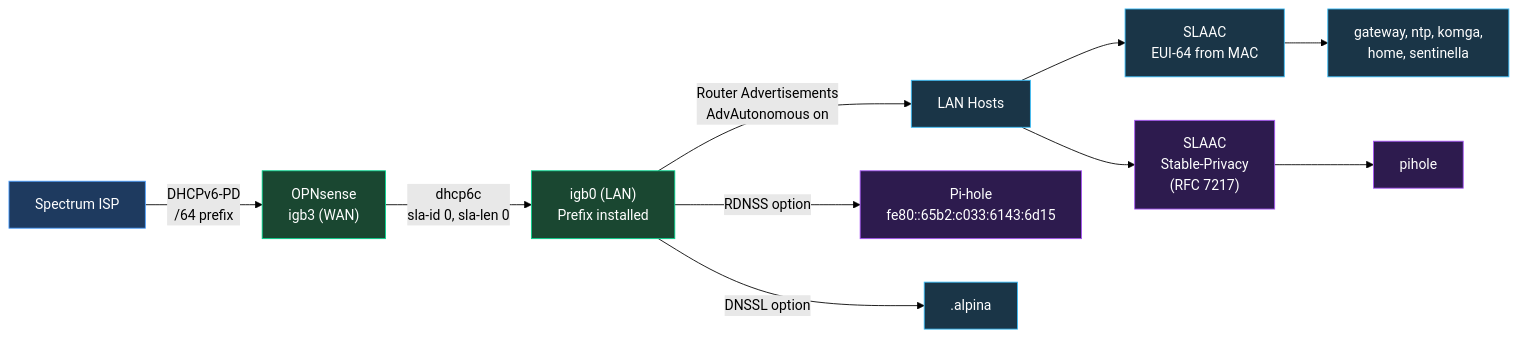
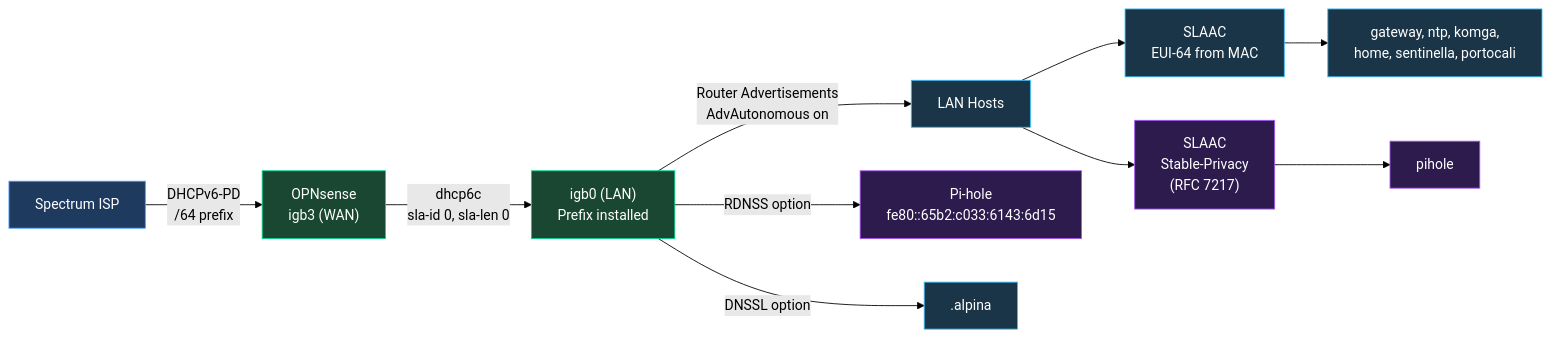
Before and after one commit to ParkWardRR/server.alpina-cleanup: the second of 5 diagrams in docs/network-diagram.md, drawn with Mermaid (forest theme). The commit also changed other lines of this file and 4 other files, not shown here.

````diff
--- a/docs/network-diagram.md
+++ b/docs/network-diagram.md
@@ -144,38 +144,38 @@
 ```mermaid
 flowchart LR
     A["Spectrum ISP"] -- "DHCPv6-PD
     /64 prefix" --> B["OPNsense
     igb3 (WAN)"]
 
     B -- "dhcp6c
     sla-id 0, sla-len 0" --> C["igb0 (LAN)
     Prefix installed"]
 
     C -- "Router Advertisements
     AdvAutonomous on" --> D["LAN Hosts"]
 
     D --> E["SLAAC
     EUI-64 from MAC"]
     D --> F["SLAAC
     Stable-Privacy
     (RFC 7217)"]
 
     E --> G["gateway, ntp, komga,
-    home, sentinella"]
+    home, sentinella, portocali"]
     F --> H["pihole"]
 
     C -- "RDNSS option" --> I["Pi-hole
     fe80::65b2:c033:6143:6d15"]
     C -- "DNSSL option" --> J[".alpina"]
 
     style A fill:#1e3a5f,stroke:#4a9eff,color:#fff
     style B fill:#1a4731,stroke:#00d68f,color:#fff
     style C fill:#1a4731,stroke:#00d68f,color:#fff
     style D fill:#1a3547,stroke:#38bdf8,color:#fff
     style E fill:#1a3547,stroke:#38bdf8,color:#fff
     style F fill:#2d1b4e,stroke:#a855f7,color:#fff
     style G fill:#1a3547,stroke:#38bdf8,color:#fff
     style H fill:#2d1b4e,stroke:#a855f7,color:#fff
     style I fill:#2d1b4e,stroke:#a855f7,color:#fff
     style J fill:#1a3547,stroke:#38bdf8,color:#fff
 ```
````
